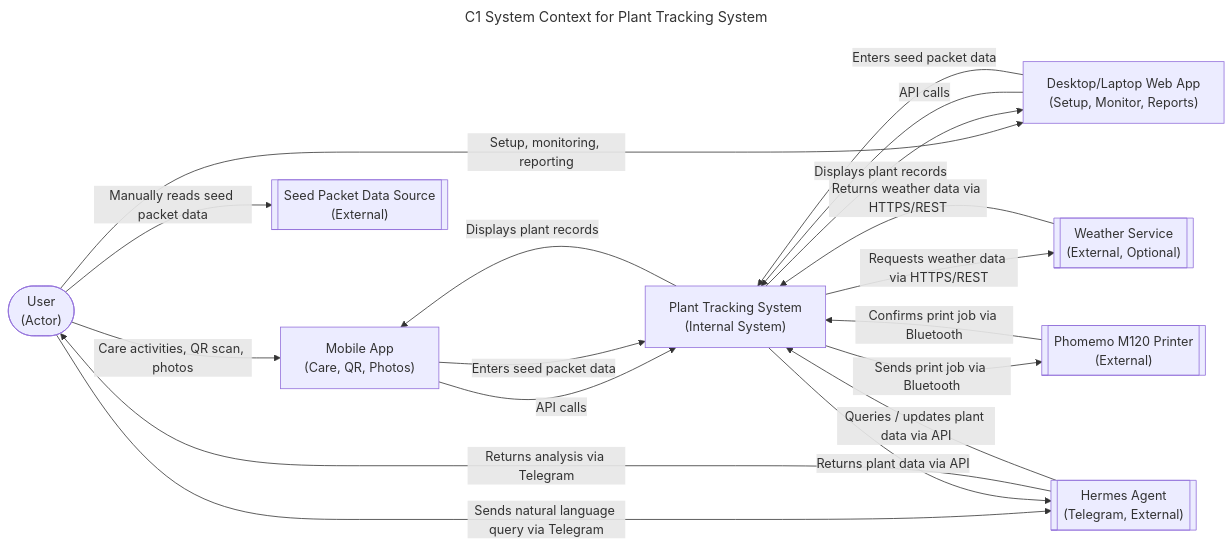
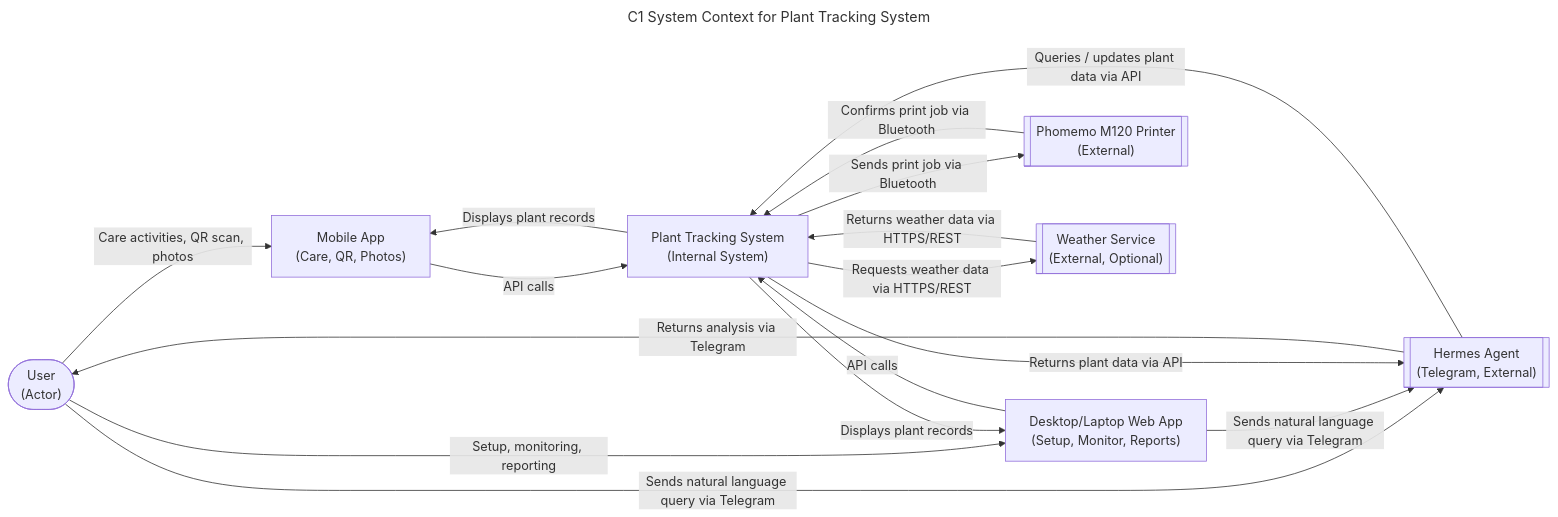
Before and after one commit to geraldthewes/plant-tracking: the diagram in knowledge/architecture/c1-context.md, drawn with Mermaid. The commit also changed other lines of this file, not shown here.

Commit message:
docs: remove seed node from C1 diagram and add laptop → Hermes edge

````diff
--- a/knowledge/architecture/c1-context.md
+++ b/knowledge/architecture/c1-context.md
@@ -35,41 +35,36 @@
 ```mermaid
 ---
 title: C1 System Context for Plant Tracking System
 ---
 flowchart LR
     user(["User\n(Actor)"])
     mobile["Mobile App\n(Care, QR, Photos)"]
     laptop["Desktop/Laptop Web App\n(Setup, Monitor, Reports)"]
     sys["Plant Tracking System\n(Internal System)"]
     hermes[["Hermes Agent\n(Telegram, External)"]]
     printer[["Phomemo M120 Printer\n(External)"]]
-    seed[["Seed Packet Data Source\n(External)"]]
     weather[["Weather Service\n(External, Optional)"]]
 
     %% User to clients
     user -->|Care activities, QR scan, photos| mobile
     user -->|Setup, monitoring, reporting| laptop
 
     %% Clients to system
     mobile -->|API calls| sys
     laptop -->|API calls| sys
     sys -->|Displays plant records| mobile
     sys -->|Displays plant records| laptop
 
-    %% External sources
-    user -->|Manually reads seed packet data| seed
-    mobile -->|Enters seed packet data| sys
-    laptop -->|Enters seed packet data| sys
-
-    %% Hermes interactions
+    %% Hermes interactions (accessible from both mobile and laptop via Telegram)
     user -->|Sends natural language query via Telegram| hermes
+    laptop -->|Sends natural language query via Telegram| hermes
     hermes -->|Returns analysis via Telegram| user
     hermes -->|Queries / updates plant data via API| sys
     sys -->|Returns plant data via API| hermes
 
     %% System external services
     sys -->|Requests weather data via HTTPS/REST| weather
     weather -->|Returns weather data via HTTPS/REST| sys
     sys -->|Sends print job via Bluetooth| printer
     printer -->|Confirms print job via Bluetooth| sys
 ```
````
